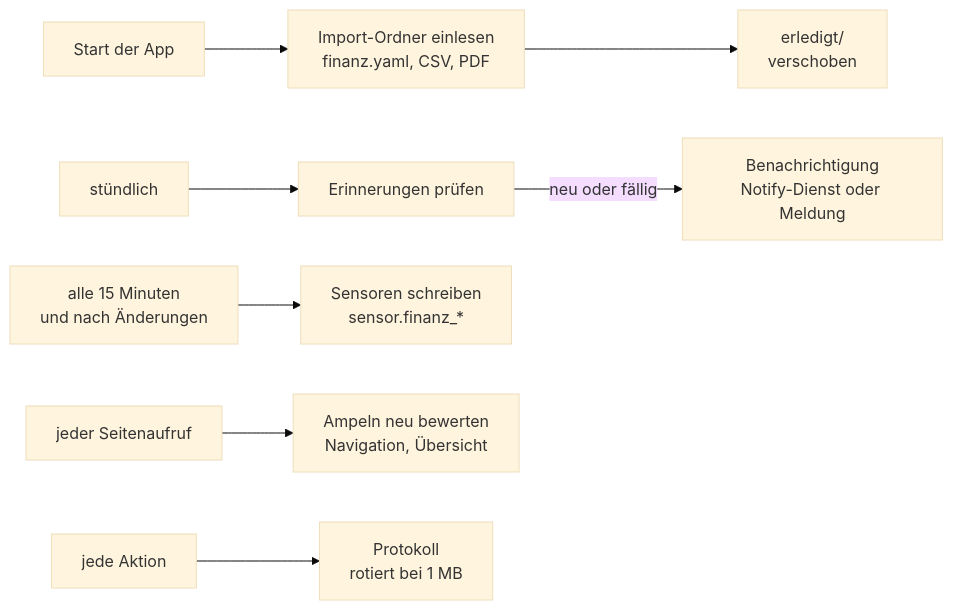
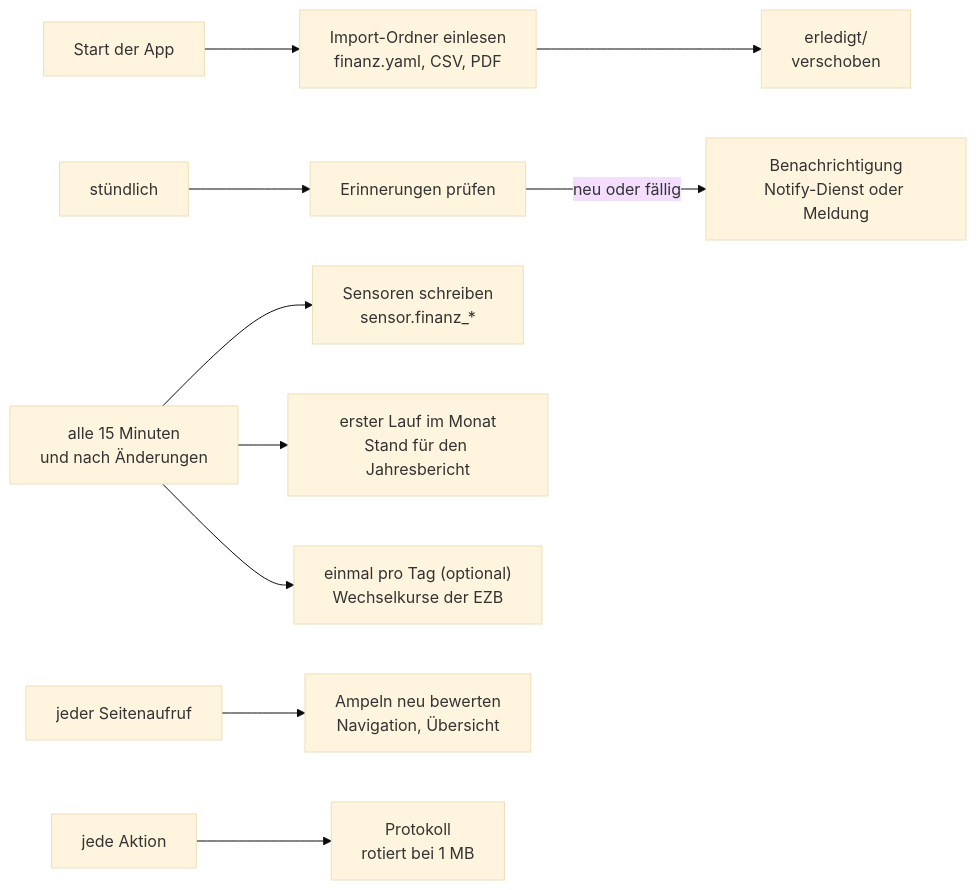
Before and after one commit to khu1985/finanz-ha: the diagram in docs/prozess-laufend.mmd, drawn with Mermaid (base theme). The commit also changed 28 other files, not shown here.

First line of the commit message:
0.17.0: Jahresbericht, Konten in Fremdwährung, Wert und Erneuerung der Liegenschaft

```diff
--- a/docs/prozess-laufend.mmd
+++ b/docs/prozess-laufend.mmd
@@ -1,8 +1,10 @@
 flowchart LR
     ST["Start der App"] --> IO["Import-Ordner einlesen<br/>finanz.yaml, CSV, PDF"]
     IO --> ER["erledigt/<br/>verschoben"]
     H["stündlich"] --> EI["Erinnerungen prüfen"]
     EI -- neu oder fällig --> N["Benachrichtigung<br/>Notify-Dienst oder Meldung"]
     Q["alle 15 Minuten<br/>und nach Änderungen"] --> SE["Sensoren schreiben<br/>sensor.finanz_*"]
+    Q --> MS["erster Lauf im Monat<br/>Stand für den Jahresbericht"]
+    Q --> KU["einmal pro Tag (optional)<br/>Wechselkurse der EZB"]
     SEITE["jeder Seitenaufruf"] --> AMP["Ampeln neu bewerten<br/>Navigation, Übersicht"]
     LOG["jede Aktion"] --> PR["Protokoll<br/>rotiert bei 1 MB"]
```
